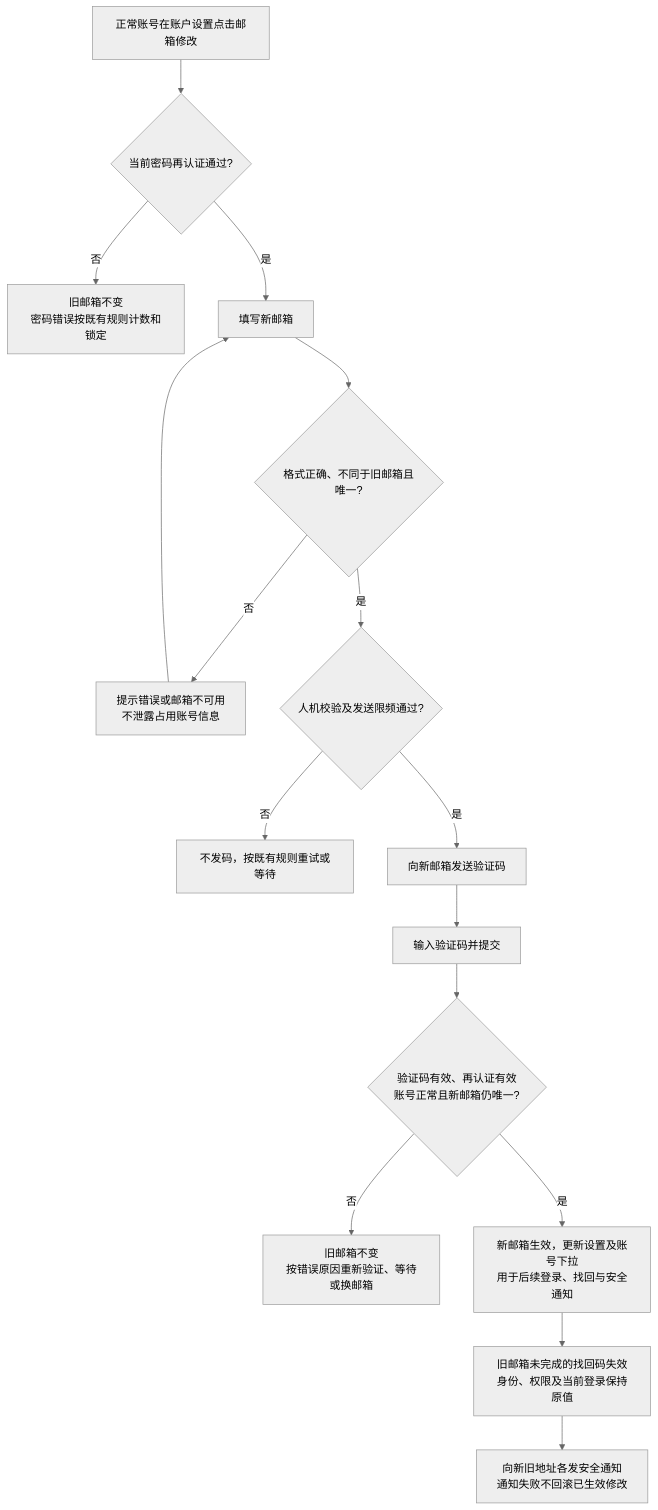
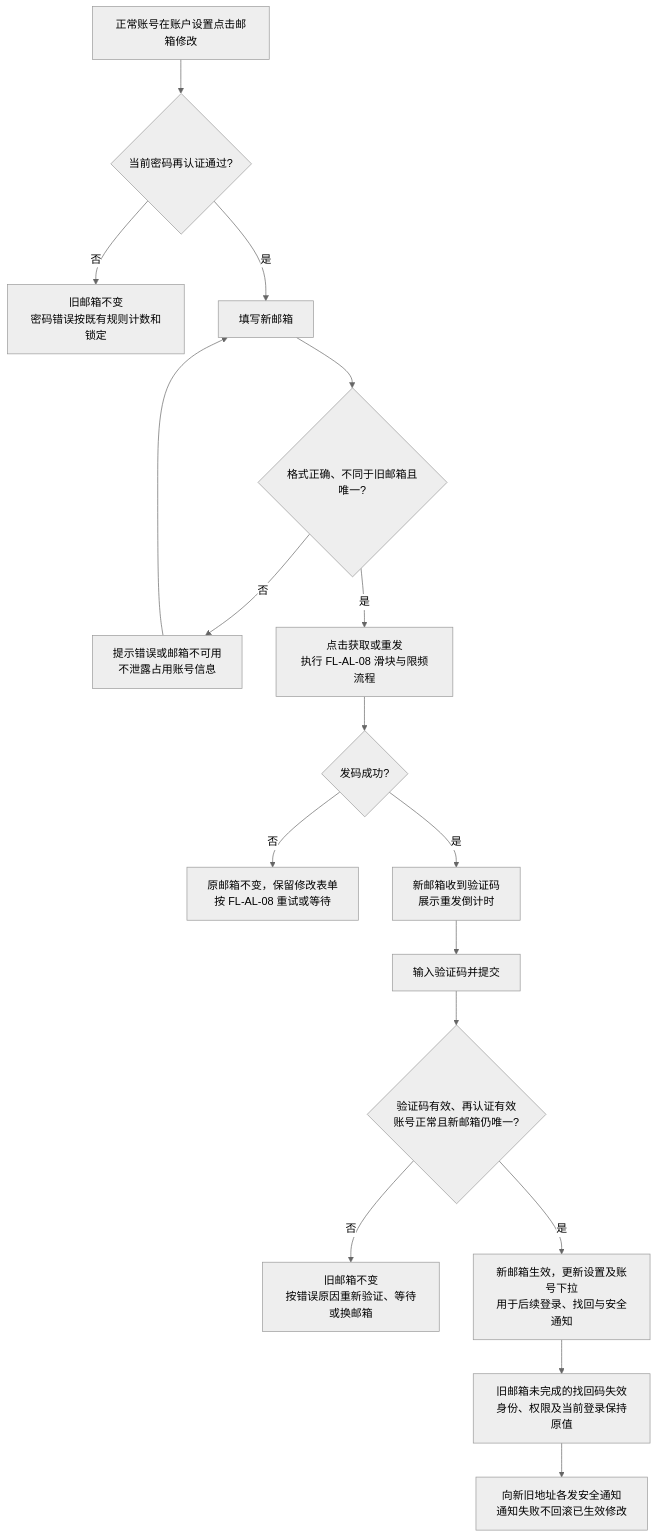
One commit to wxblockchain/Chain-Financing changed the fifth of 9 diagrams in lending-platform/PRD/v1.0-运营端账户与登录/v1.0-运营端账户与登录-流程图与状态机.md. Above: the diagram before and after it, drawn with Mermaid (neutral theme). The commit also changed other lines of this file and 3 other files, not shown here.

````diff
--- a/lending-platform/PRD/v1.0-运营端账户与登录/v1.0-运营端账户与登录-流程图与状态机.md
+++ b/lending-platform/PRD/v1.0-运营端账户与登录/v1.0-运营端账户与登录-流程图与状态机.md
@@ -105,18 +105,19 @@
 ```mermaid
 flowchart TD
     A["正常账号在账户设置点击邮箱修改"] --> B{"当前密码再认证通过?"}
     B -->|否| C["旧邮箱不变<br/>密码错误按既有规则计数和锁定"]
     B -->|是| D["填写新邮箱"]
     D --> E{"格式正确、不同于旧邮箱且唯一?"}
     E -->|否| F["提示错误或邮箱不可用<br/>不泄露占用账号信息"]
     F --> D
-    E -->|是| G{"人机校验及发送限频通过?"}
-    G -->|否| H["不发码，按既有规则重试或等待"]
-    G -->|是| I["向新邮箱发送验证码"]
+    E -->|是| G["点击获取或重发<br/>执行 FL-AL-08 滑块与限频流程"]
+    G --> H{"发码成功?"}
+    H -->|否| H1["原邮箱不变，保留修改表单<br/>按 FL-AL-08 重试或等待"]
+    H -->|是| I["新邮箱收到验证码<br/>展示重发倒计时"]
     I --> J["输入验证码并提交"]
     J --> K{"验证码有效、再认证有效<br/>账号正常且新邮箱仍唯一?"}
     K -->|否| L["旧邮箱不变<br/>按错误原因重新验证、等待或换邮箱"]
     K -->|是| M["新邮箱生效，更新设置及账号下拉<br/>用于后续登录、找回与安全通知"]
     M --> N["旧邮箱未完成的找回码失效<br/>身份、权限及当前登录保持原值"]
     N --> O["向新旧地址各发安全通知<br/>通知失败不回滚已生效修改"]
 ```
````
